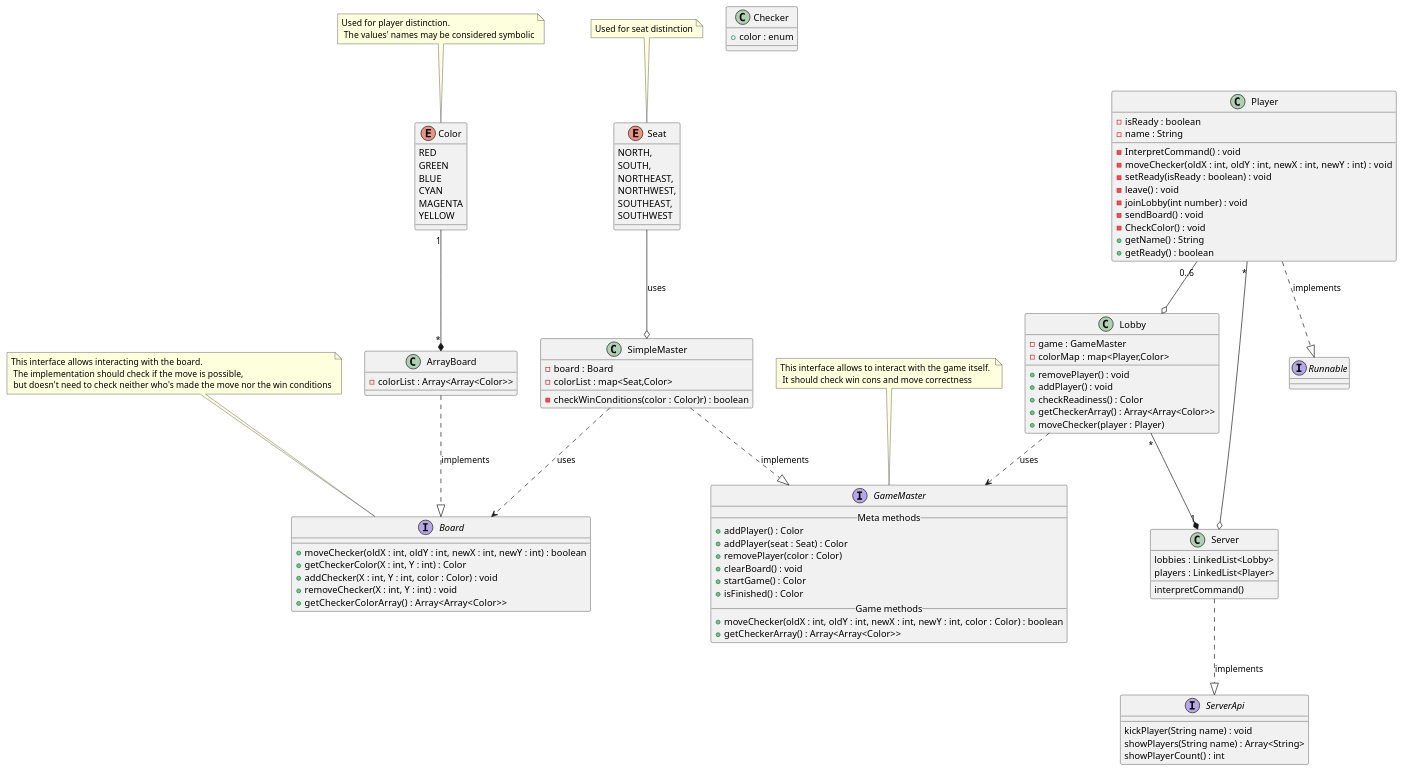
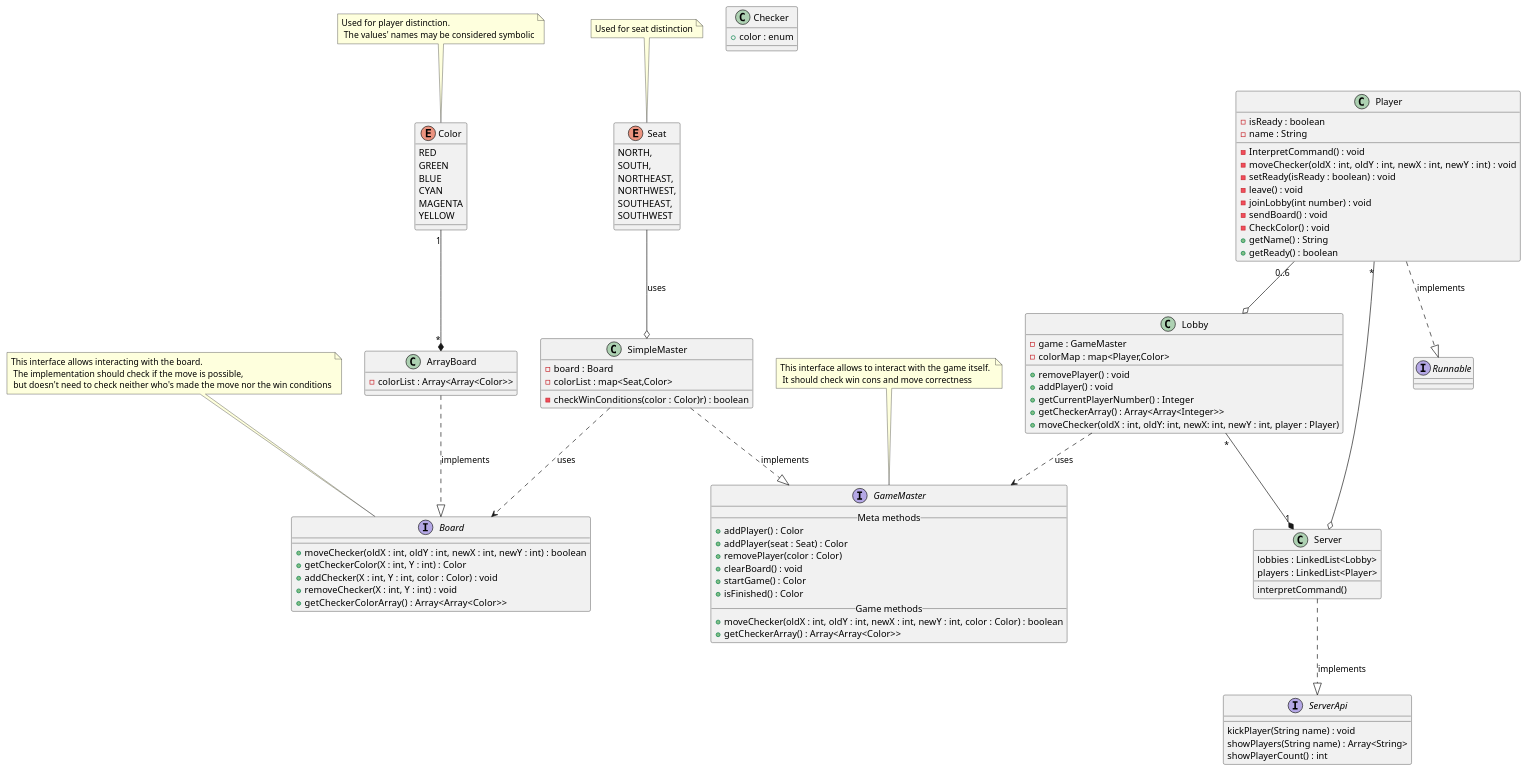
Before and after one commit to norbert791/TPlista5: the diagram in diagrams/Server.puml, drawn with PlantUML. The commit also changed 10 other files, not shown here.

```diff
--- a/diagrams/Server.puml
+++ b/diagrams/Server.puml
@@ -1,121 +1,121 @@
 @startuml
 'https://plantuml.com/class-diagram
 
 note "This interface allows interacting with the board. \n The implementation should check if the move is possible, \n but doesn't need to check neither who's made the move nor the win conditions" as BoardNote
 note "This interface allows to interact with the game itself. \n It should check win cons and move correctness" as GMnote
 note "Used for player distinction. \n The values' names may be considered symbolic" as ClNote
 note "Used for seat distinction" as Snote
 
 GMnote .. GameMaster
 BoardNote .. Board
 ClNote .. Color
 Snote .. Seat
 
 interface ServerApi
 interface Board
 interface Runnable
 class Checker
 class Server
 class ArrayBoard
 class SimpleMaster
 class GameMaster
 class Lobby
 enum Color
 enum Seat
 
 Server ..|> ServerApi : implements
 Color "1" --* "*" ArrayBoard
 ArrayBoard ..|> Board : implements
 Lobby ..> GameMaster : uses
 SimpleMaster ..|> GameMaster : implements
 SimpleMaster ..> Board : uses
 Seat --o SimpleMaster : uses
 Lobby "*" --* "1" Server
 Player "0..6" --o Lobby
 Player "*" --o Server
 Player ..|> Runnable : implements
 
 class Checker{
    + color : enum
 }
 
 class Player{
     -isReady : boolean
     -name : String
     -InterpretCommand() : void
     -moveChecker(oldX : int, oldY : int, newX : int, newY : int)  : void
     -setReady(isReady : boolean) : void
     -leave() : void
     -joinLobby(int number) : void
     -sendBoard() : void
     -CheckColor() : void
     +getName() : String
     +getReady() : boolean
 }
 class ArrayBoard{
     -colorList : Array<Array<Color>>
 }
 
 interface Board{
     +moveChecker(oldX : int, oldY : int, newX : int, newY : int) : boolean
     +getCheckerColor(X : int, Y : int) : Color
     +addChecker(X : int, Y : int, color : Color) : void
     +removeChecker(X : int, Y : int) : void
     +getCheckerColorArray() :  Array<Array<Color>>
 }
 
 interface GameMaster{
     __Meta methods__
    + addPlayer() : Color
    + addPlayer(seat : Seat) : Color
    + removePlayer(color : Color)
    + clearBoard() : void
    + startGame() : Color
    + isFinished() : Color
    __Game methods__
    + moveChecker(oldX : int, oldY : int, newX : int, newY : int, color : Color) : boolean
    + getCheckerArray() : Array<Array<Color>>
 }
 'For further consideration
 interface ServerApi{
     kickPlayer(String name) : void
     showPlayers(String name) : Array<String>
     showPlayerCount() : int
 }
 class SimpleMaster{
     -board : Board
     -colorList : map<Seat,Color>
     -checkWinConditions(color : Color)r) : boolean
 }
 class Lobby{
     -game : GameMaster
     -colorMap : map<Player,Color>
     +removePlayer() : void
     +addPlayer() : void
-    +checkReadiness() : Color
-    +getCheckerArray() : Array<Array<Color>>
-    +moveChecker(player : Player)
+    +getCurrentPlayerNumber() : Integer
+    +getCheckerArray() : Array<Array<Integer>>
+    +moveChecker(oldX : int, oldY: int, newX: int, newY : int, player : Player)
 }
 class Server{
     lobbies : LinkedList<Lobby>
     players : LinkedList<Player>
     interpretCommand()
 }
 enum Color{
     RED
     GREEN
     BLUE
     CYAN
     MAGENTA
     YELLOW
 }
 enum Seat{
     NORTH,
     SOUTH,
     NORTHEAST,
     NORTHWEST,
     SOUTHEAST,
     SOUTHWEST
 }
 
 @enduml
```
